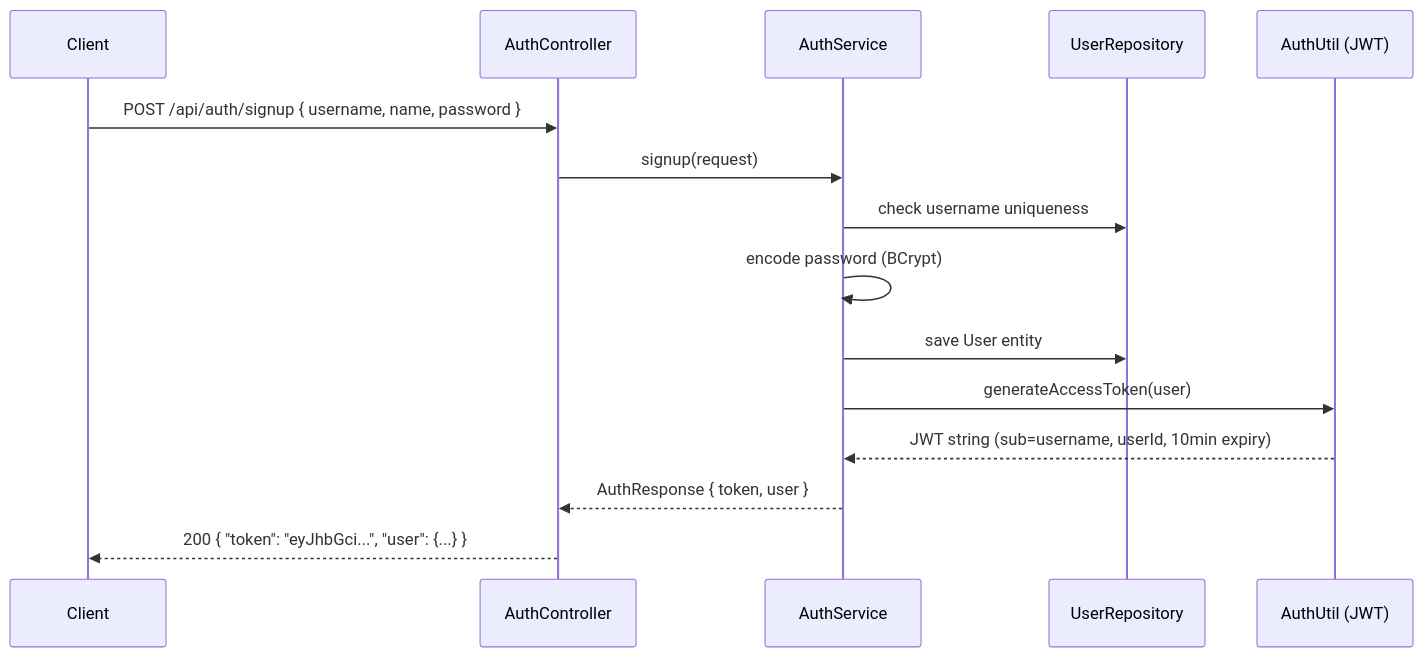
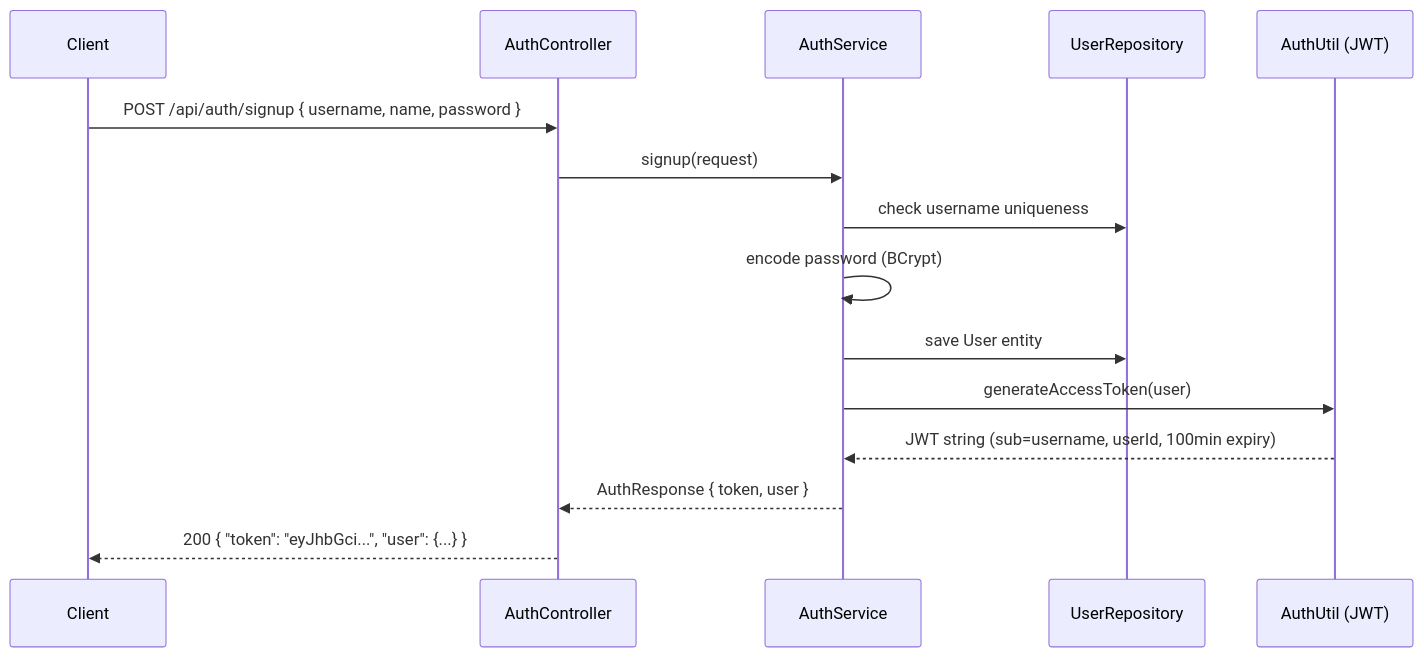
Before and after one commit to 1ek8/PromptCraft: the third of 7 diagrams in PROJECT_SUMMARY.md, drawn with Mermaid. The commit also changed other lines of this file, not shown here.

````diff
--- a/PROJECT_SUMMARY.md
+++ b/PROJECT_SUMMARY.md
@@ -326,18 +326,18 @@
 ```mermaid
 sequenceDiagram
     participant C as Client
     participant AC as AuthController
     participant AS as AuthService
     participant UR as UserRepository
     participant JWT as AuthUtil (JWT)
 
     C->>AC: POST /api/auth/signup { username, name, password }
     AC->>AS: signup(request)
     AS->>UR: check username uniqueness
     AS->>AS: encode password (BCrypt)
     AS->>UR: save User entity
     AS->>JWT: generateAccessToken(user)
-    JWT-->>AS: JWT string (sub=username, userId, 10min expiry)
+    JWT-->>AS: JWT string (sub=username, userId, 100min expiry)
     AS-->>AC: AuthResponse { token, user }
     AC-->>C: 200 { "token": "eyJhbGci...", "user": {...} }
 ```
````
